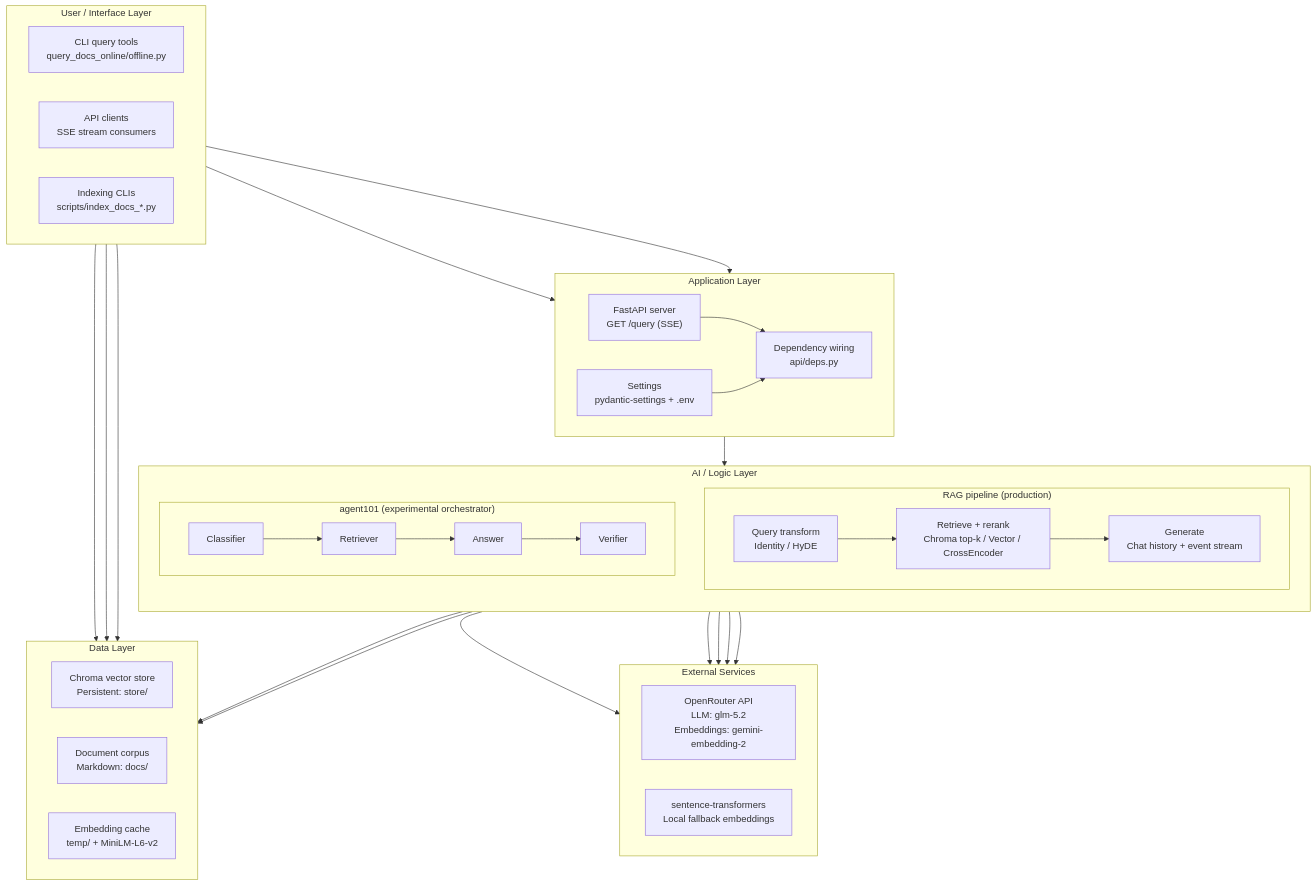
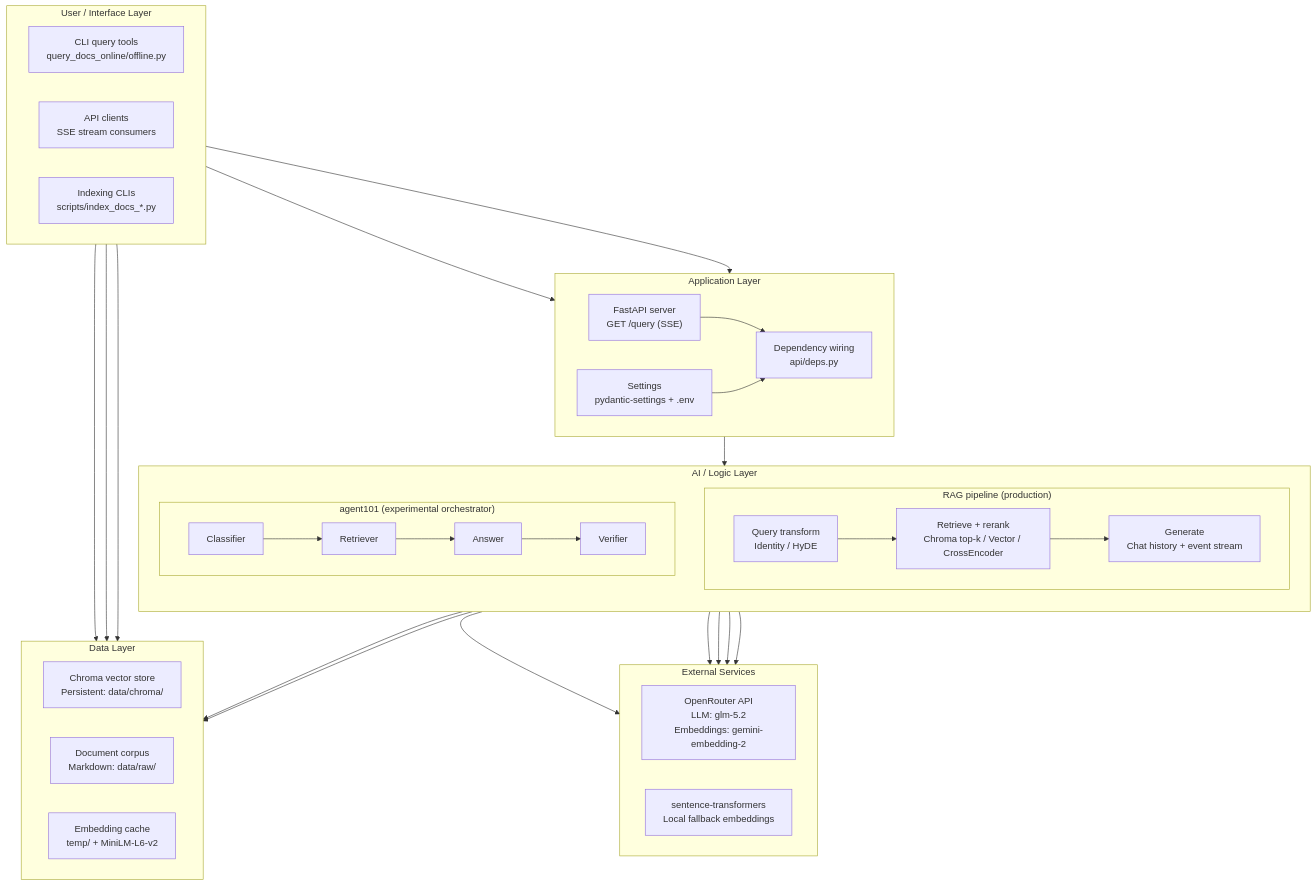
One commit to kaiyikang/miniRAG changed the diagram in README.md. Above: the diagram before and after it, drawn with Mermaid. The commit also changed 7 other files, not shown here.

````diff
--- a/README.md
+++ b/README.md
@@ -7,67 +7,67 @@
 ```mermaid
 flowchart TB
     subgraph interface["User / Interface Layer"]
         direction LR
         cli["CLI query tools<br/>query_docs_online/offline.py"]
         clients["API clients<br/>SSE stream consumers"]
         indexers["Indexing CLIs<br/>scripts/index_docs_*.py"]
     end
 
     subgraph application["Application Layer"]
         direction LR
         api["FastAPI server<br/>GET /query (SSE)"]
         wiring["Dependency wiring<br/>api/deps.py"]
         settings["Settings<br/>pydantic-settings + .env"]
     end
 
     subgraph logic["AI / Logic Layer"]
         direction TB
 
         subgraph rag["RAG pipeline (production)"]
             direction LR
             transform["Query transform<br/>Identity / HyDE"]
             retrieve["Retrieve + rerank<br/>Chroma top-k / Vector / CrossEncoder"]
             generate["Generate<br/>Chat history + event stream"]
             transform --> retrieve --> generate
         end
 
         subgraph agent["agent101 (experimental orchestrator)"]
             direction LR
             classifier[Classifier]
             retriever[Retriever]
             answer[Answer]
             verifier[Verifier]
             classifier --> retriever --> answer --> verifier
         end
     end
 
     subgraph data["Data Layer"]
         direction LR
-        chroma["Chroma vector store<br/>Persistent: store/"]
-        corpus["Document corpus<br/>Markdown: docs/"]
+        chroma["Chroma vector store<br/>Persistent: data/chroma/"]
+        corpus["Document corpus<br/>Markdown: data/raw/"]
         cache["Embedding cache<br/>temp/ + MiniLM-L6-v2"]
     end
 
     subgraph external["External Services"]
         direction LR
         openrouter["OpenRouter API<br/>LLM: glm-5.2<br/>Embeddings: gemini-embedding-2"]
         sentence_transformers["sentence-transformers<br/>Local fallback embeddings"]
     end
 
     cli --> api
     clients --> api
     api --> wiring
     settings --> wiring
     wiring --> transform
 
     indexers --> corpus
     indexers --> chroma
     retrieve --> chroma
     retriever --> chroma
     transform --> openrouter
     generate --> openrouter
     answer --> openrouter
     verifier --> openrouter
     retrieve --> sentence_transformers
     indexers --> cache
 ```
````
